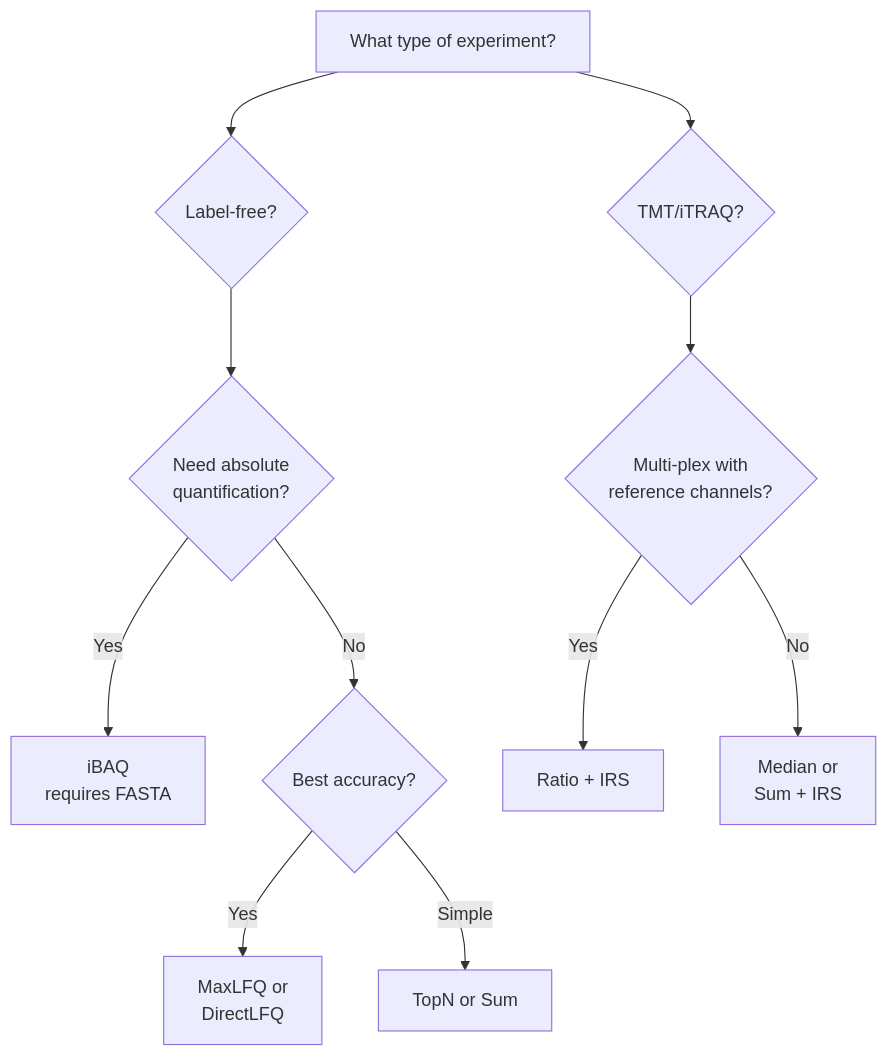
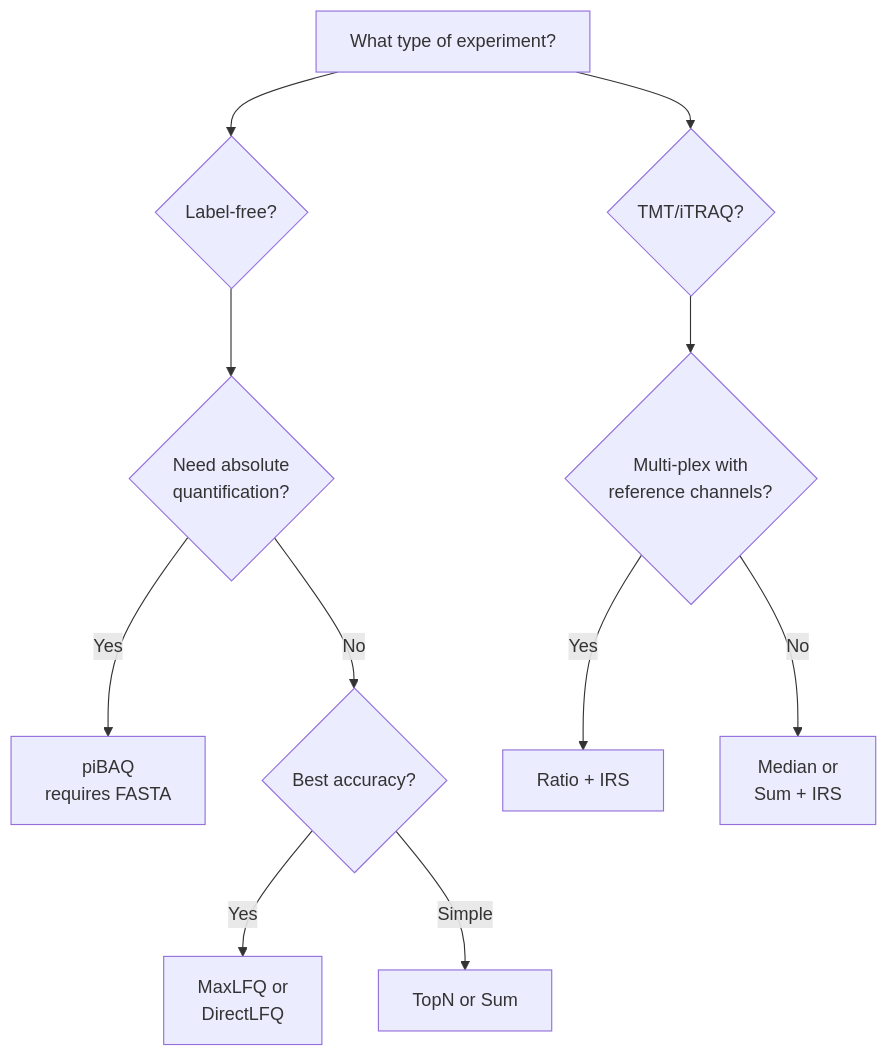
One commit to Shen-YuFei/mokume changed the diagram in docs/concepts/quantification.md. Above: the diagram before and after it, drawn with Mermaid. The commit also changed other lines of this file and 50 other files, not shown here.

Commit message:
docs: align architecture and benchmark workflows

````diff
--- a/docs/concepts/quantification.md
+++ b/docs/concepts/quantification.md
@@ -26,13 +26,13 @@
 ```mermaid
 graph TD
     A[What type of experiment?] --> B{Label-free?}
     A --> C{TMT/iTRAQ?}
     B --> D{Need absolute<br/>quantification?}
-    D -->|Yes| E[iBAQ<br/>requires FASTA]
+    D -->|Yes| E[piBAQ<br/>requires FASTA]
     D -->|No| F{Best accuracy?}
     F -->|Yes| G[MaxLFQ or<br/>DirectLFQ]
     F -->|Simple| H[TopN or Sum]
     C --> I{Multi-plex with<br/>reference channels?}
     I -->|Yes| J[Ratio + IRS]
     I -->|No| K[Median or<br/>Sum + IRS]
 ```
````
